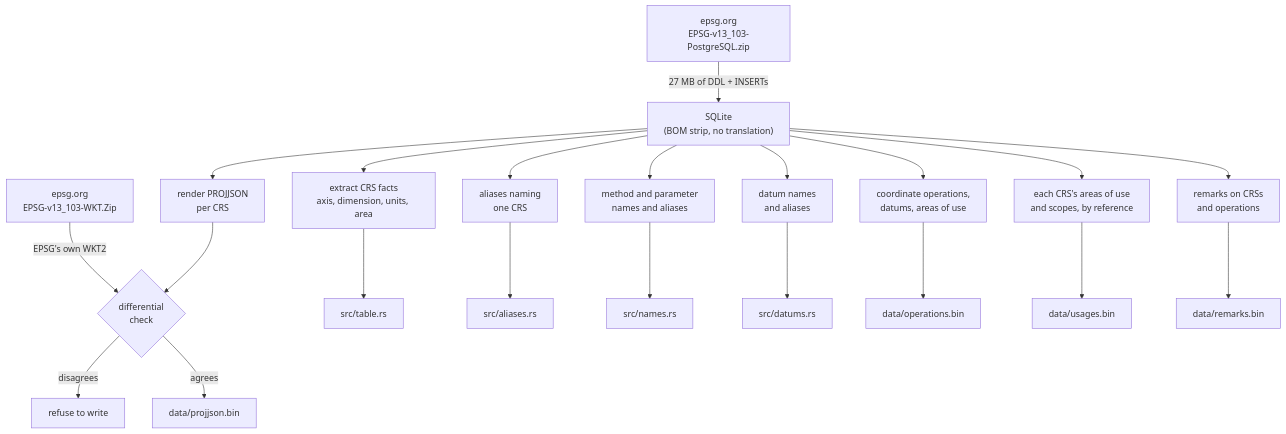
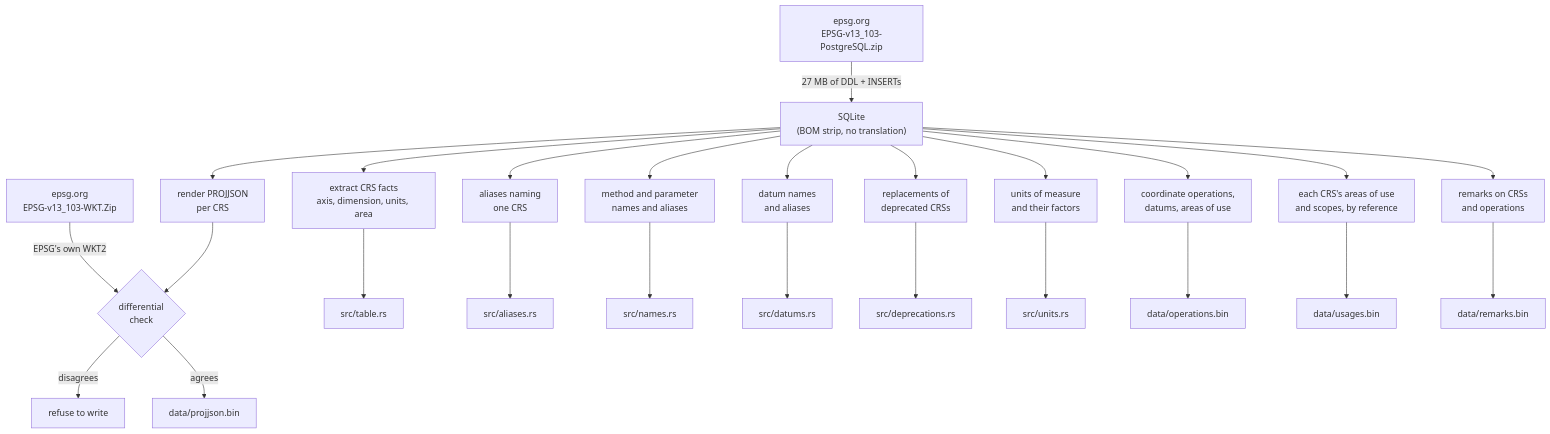
Before and after one commit to ttomasz/xeibe: the diagram in crates/xeibe-crs/README.md, drawn with Mermaid. The commit also changed other lines of this file and 16 other files, not shown here.

````diff
--- a/crates/xeibe-crs/README.md
+++ b/crates/xeibe-crs/README.md
@@ -31,17 +31,19 @@
 ```mermaid
 flowchart TD
     A["epsg.org<br/>EPSG-v13_103-PostgreSQL.zip"] -->|"27 MB of DDL + INSERTs"| B["SQLite<br/>(BOM strip, no translation)"]
     B --> C["render PROJJSON<br/>per CRS"]
     B --> D["extract CRS facts<br/>axis, dimension, units, area"]
     E["epsg.org<br/>EPSG-v13_103-WKT.Zip"] -->|"EPSG's own WKT2"| F{"differential<br/>check"}
     C --> F
     F -->|"disagrees"| G["refuse to write"]
     F -->|"agrees"| H["data/projjson.bin"]
     D --> I["src/table.rs"]
     B --> J["aliases naming<br/>one CRS"] --> K["src/aliases.rs"]
     B --> R["method and parameter<br/>names and aliases"] --> S["src/names.rs"]
     B --> T["datum names<br/>and aliases"] --> U["src/datums.rs"]
+    B --> V["replacements of<br/>deprecated CRSs"] --> W["src/deprecations.rs"]
+    B --> X["units of measure<br/>and their factors"] --> Y["src/units.rs"]
     B --> L["coordinate operations,<br/>datums, areas of use"] --> M["data/operations.bin"]
     B --> N["each CRS's areas of use<br/>and scopes, by reference"] --> O["data/usages.bin"]
     B --> P["remarks on CRSs<br/>and operations"] --> Q["data/remarks.bin"]
 ```
````
